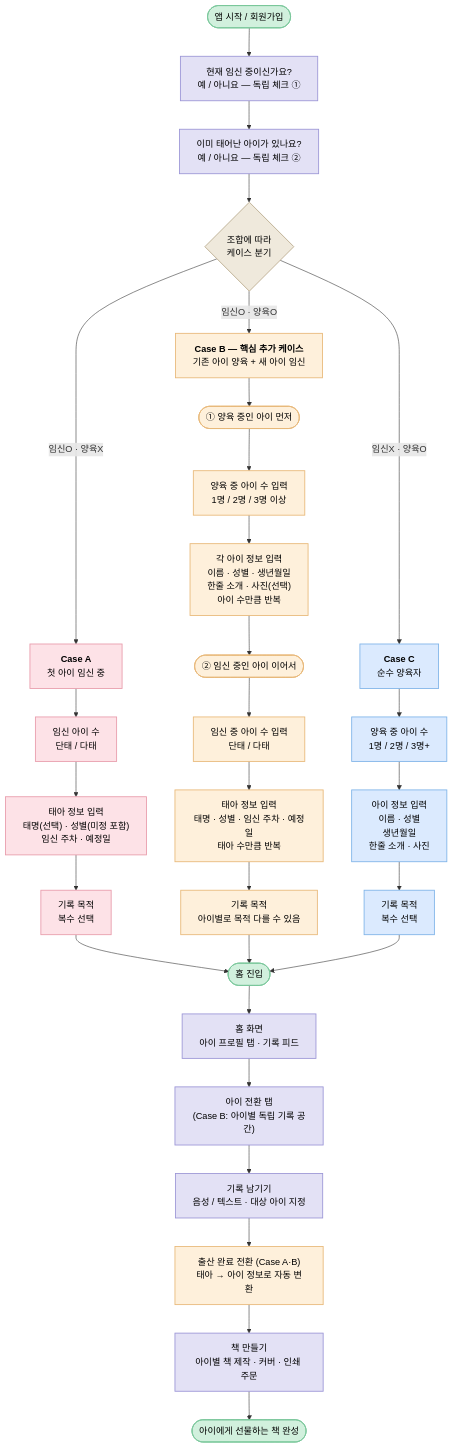
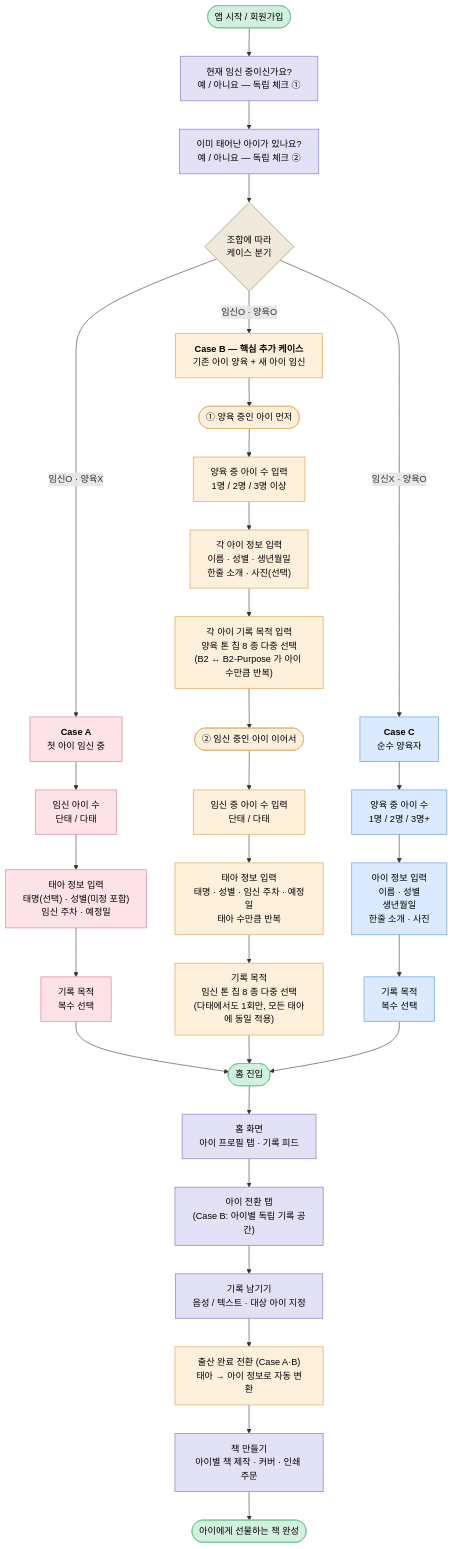
One commit to dlddu/dear-baby changed the diagram in docs/flows/onboarding-flow.md. Above: the diagram before and after it, drawn with Mermaid. The commit also changed other lines of this file and 29 other files, not shown here.

````diff
--- a/docs/flows/onboarding-flow.md
+++ b/docs/flows/onboarding-flow.md
@@ -31,56 +31,57 @@
 ```mermaid
 flowchart TD
     Start([앱 시작 / 회원가입]) --> Q1["현재 임신 중이신가요?<br/>예 / 아니요 — 독립 체크 ①"]
     Q1 --> Q2["이미 태어난 아이가 있나요?<br/>예 / 아니요 — 독립 체크 ②"]
     Q2 --> Branch{"조합에 따라<br/>케이스 분기"}
 
     Branch -- "임신O · 양육X" --> CaseA["<b>Case A</b><br/>첫 아이 임신 중"]
     Branch -- "임신O · 양육O" --> CaseB["<b>Case B — 핵심 추가 케이스</b><br/>기존 아이 양육 + 새 아이 임신"]
     Branch -- "임신X · 양육O" --> CaseC["<b>Case C</b><br/>순수 양육자"]
 
     %% ===== Case A =====
     CaseA --> A1["임신 아이 수<br/>단태 / 다태"]
     A1 --> A2["태아 정보 입력<br/>태명(선택) · 성별(미정 포함)<br/>임신 주차 · 예정일"]
     A2 --> A3["기록 목적<br/>복수 선택"]
     A3 --> HomeEnter([홈 진입])
 
     %% ===== Case B =====
     CaseB --> B0(["① 양육 중인 아이 먼저"])
     B0 --> B1["양육 중 아이 수 입력<br/>1명 / 2명 / 3명 이상"]
-    B1 --> B2["각 아이 정보 입력<br/>이름 · 성별 · 생년월일<br/>한줄 소개 · 사진(선택)<br/>아이 수만큼 반복"]
-    B2 --> B3(["② 임신 중인 아이 이어서"])
+    B1 --> B2["각 아이 정보 입력<br/>이름 · 성별 · 생년월일<br/>한줄 소개 · 사진(선택)"]
+    B2 --> B2P["각 아이 기록 목적 입력<br/>양육 톤 칩 8 종 다중 선택<br/>(B2 ↔ B2-Purpose 가 아이 수만큼 반복)"]
+    B2P --> B3(["② 임신 중인 아이 이어서"])
     B3 --> B4["임신 중 아이 수 입력<br/>단태 / 다태"]
     B4 --> B5["태아 정보 입력<br/>태명 · 성별 · 임신 주차 · 예정일<br/>태아 수만큼 반복"]
-    B5 --> B6["기록 목적<br/>아이별로 목적 다를 수 있음"]
+    B5 --> B6["기록 목적<br/>임신 톤 칩 8 종 다중 선택<br/>(다태에서도 1회만, 모든 태아에 동일 적용)"]
     B6 --> HomeEnter
 
     %% ===== Case C =====
     CaseC --> C1["양육 중 아이 수<br/>1명 / 2명 / 3명+"]
     C1 --> C2["아이 정보 입력<br/>이름 · 성별<br/>생년월일<br/>한줄 소개 · 사진"]
     C2 --> C3["기록 목적<br/>복수 선택"]
     C3 --> HomeEnter
 
     %% ===== 공통 플로우 =====
     HomeEnter --> HomeScreen["홈 화면<br/>아이 프로필 탭 · 기록 피드"]
     HomeScreen --> SwitchTab["아이 전환 탭<br/>(Case B: 아이별 독립 기록 공간)"]
     SwitchTab --> Record["기록 남기기<br/>음성 / 텍스트 · 대상 아이 지정"]
     Record --> Convert["출산 완료 전환 (Case A·B)<br/>태아 → 아이 정보로 자동 변환"]
     Convert --> Book["책 만들기<br/>아이별 책 제작 · 커버 · 인쇄 주문"]
     Book --> Final([아이에게 선물하는 책 완성])
 
     %% ===== 스타일 =====
     classDef caseA fill:#fde2e7,stroke:#e89bab,stroke-width:1.5px,color:#000
     classDef caseB fill:#fef0db,stroke:#e8b878,stroke-width:1.5px,color:#000
     classDef caseC fill:#dbeafe,stroke:#7eb3e8,stroke-width:1.5px,color:#000
     classDef common fill:#e3e1f5,stroke:#9b95d6,stroke-width:1.5px,color:#000
     classDef enter fill:#d1f0dd,stroke:#7ac79a,stroke-width:1.5px,color:#000
     classDef branch fill:#efe9dc,stroke:#b8a98a,stroke-width:1.5px,color:#000
 
     class CaseA,A1,A2,A3 caseA
-    class CaseB,B0,B1,B2,B3,B4,B5,B6 caseB
+    class CaseB,B0,B1,B2,B2P,B3,B4,B5,B6 caseB
     class CaseC,C1,C2,C3 caseC
     class Q1,Q2,HomeScreen,SwitchTab,Record,Book common
     class Convert caseB
     class Branch branch
     class Start,HomeEnter,Final enter
 ```
````
